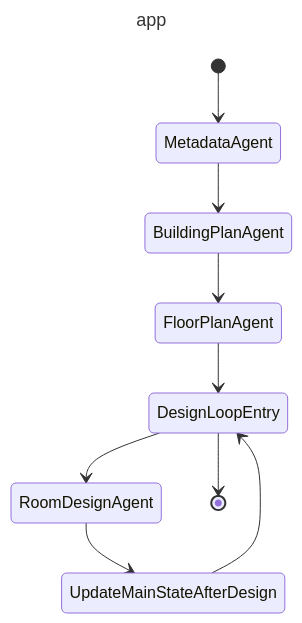
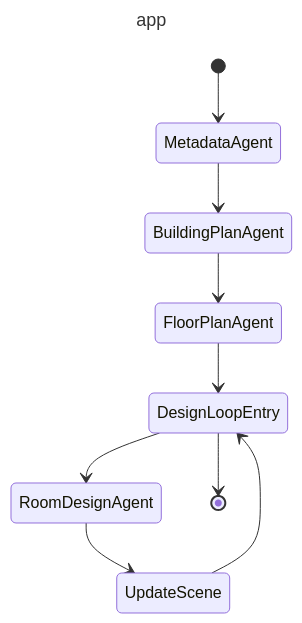
The diagram in assets/main_graph.md (SceneBuilder/SceneBuilder), drawn with Mermaid before and after one commit. The commit also changed 9 other files, not shown here.

Commit message:
Trying to get `room_design_graph` to be a subgraph...

````diff
--- a/assets/main_graph.md
+++ b/assets/main_graph.md
@@ -1,14 +1,14 @@
 ```mermaid
 ---
 title: app
 ---
 stateDiagram-v2
   [*] --> MetadataAgent
   MetadataAgent --> BuildingPlanAgent
   BuildingPlanAgent --> FloorPlanAgent
   FloorPlanAgent --> DesignLoopEntry
   DesignLoopEntry --> RoomDesignAgent
   DesignLoopEntry --> [*]
-  RoomDesignAgent --> UpdateMainStateAfterDesign
-  UpdateMainStateAfterDesign --> DesignLoopEntry
+  RoomDesignAgent --> UpdateScene
+  UpdateScene --> DesignLoopEntry
 ```
````
